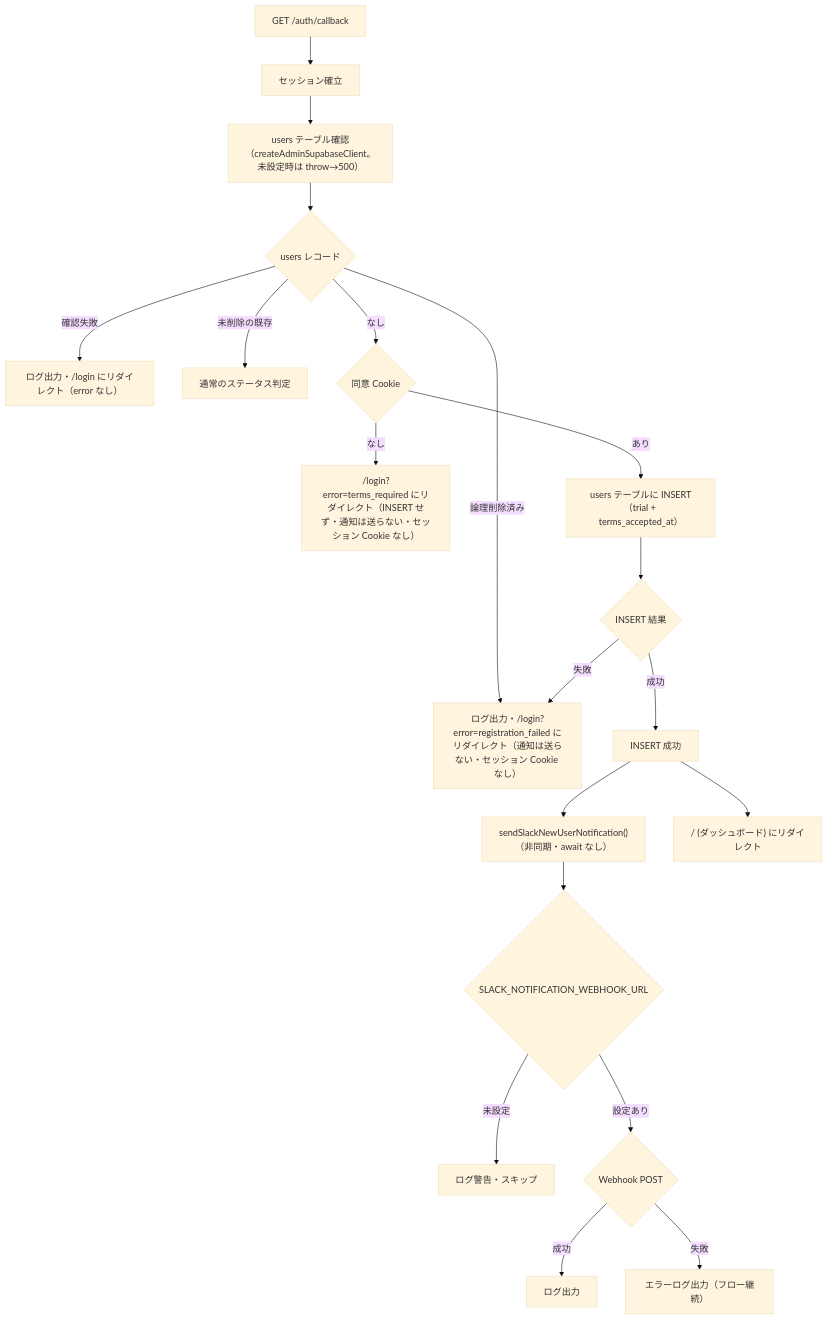
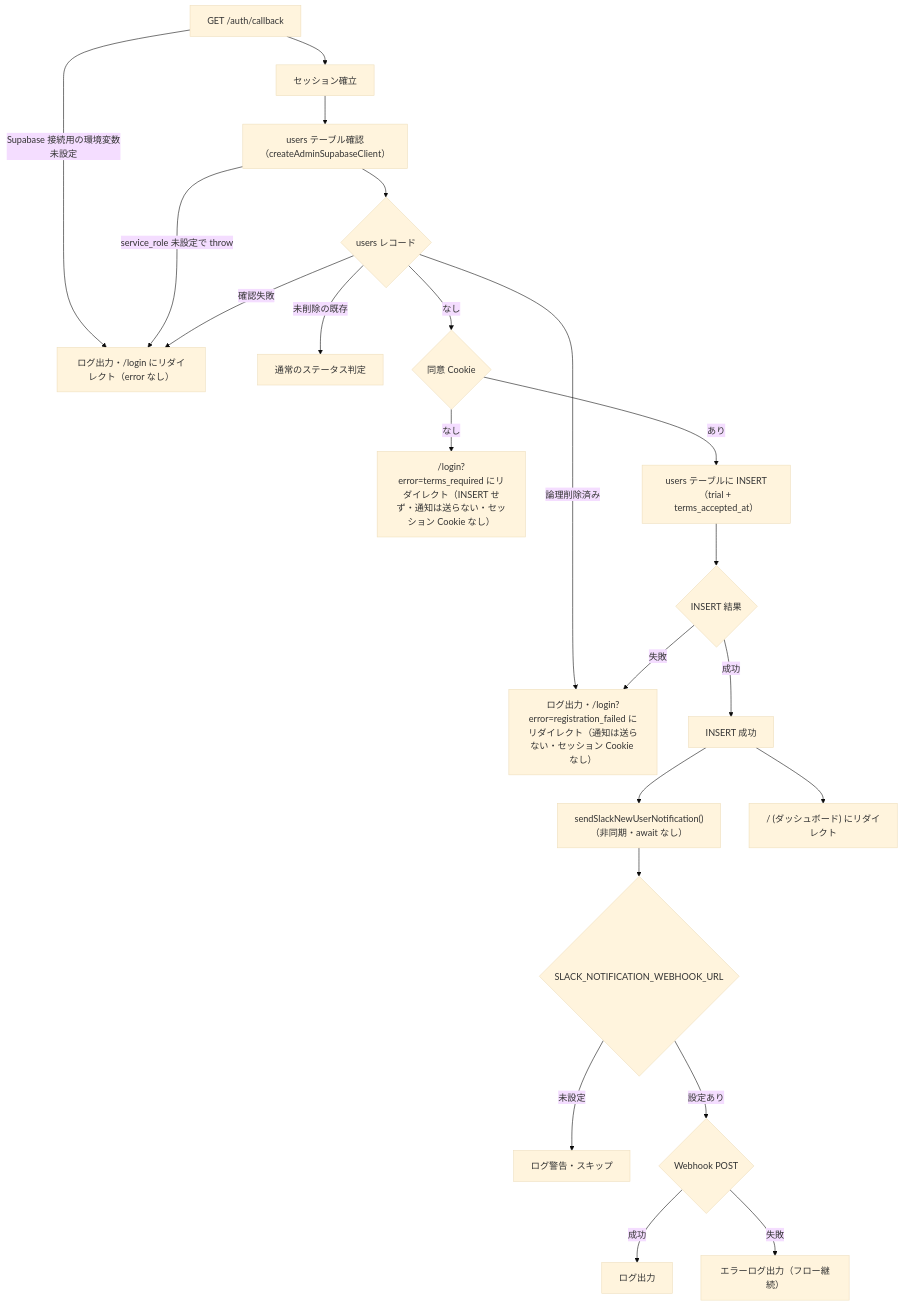
Before and after one commit to Singuralitylabs/sinlab-study: the sixth of 7 diagrams in docs/specification.md, drawn with Mermaid (base theme). The commit also changed other lines of this file and 5 other files, not shown here.

````diff
--- a/docs/specification.md
+++ b/docs/specification.md
@@ -1068,22 +1093,24 @@
 ```mermaid
 flowchart TD
     A["GET /auth/callback"] --> B["セッション確立"]
-    B --> B2["users テーブル確認<br/>（createAdminSupabaseClient。未設定時は throw→500）"]
+    A -->|Supabase 接続用の環境変数未設定| L
+    B --> B2["users テーブル確認<br/>（createAdminSupabaseClient）"]
     B2 --> C{users レコード}
+    B2 -->|service_role 未設定で throw| L
     C -->|確認失敗| L["ログ出力・/login にリダイレクト（error なし）"]
     C -->|未削除の既存| Z[通常のステータス判定]
     C -->|論理削除済み| Q["ログ出力・/login?error=registration_failed にリダイレクト（通知は送らない・セッション Cookie なし）"]
     C -->|なし| T{同意 Cookie}
     T -->|なし| W["/login?error=terms_required にリダイレクト（INSERT せず・通知は送らない・セッション Cookie なし）"]
     T -->|あり| D["users テーブルに INSERT（trial + terms_accepted_at）"]
     D --> E{INSERT 結果}
     E -->|成功| S[INSERT 成功]
     S --> F["sendSlackNewUserNotification()<br/>（非同期・await なし）"]
     S --> P["/ (ダッシュボード) にリダイレクト"]
     F --> G1{SLACK_NOTIFICATION_WEBHOOK_URL}
     G1 -->|未設定| H1[ログ警告・スキップ]
     G1 -->|設定あり| H2{Webhook POST}
     H2 -->|成功| I1[ログ出力]
     H2 -->|失敗| I2["エラーログ出力（フロー継続）"]
     E -->|失敗| Q
 ```
````
